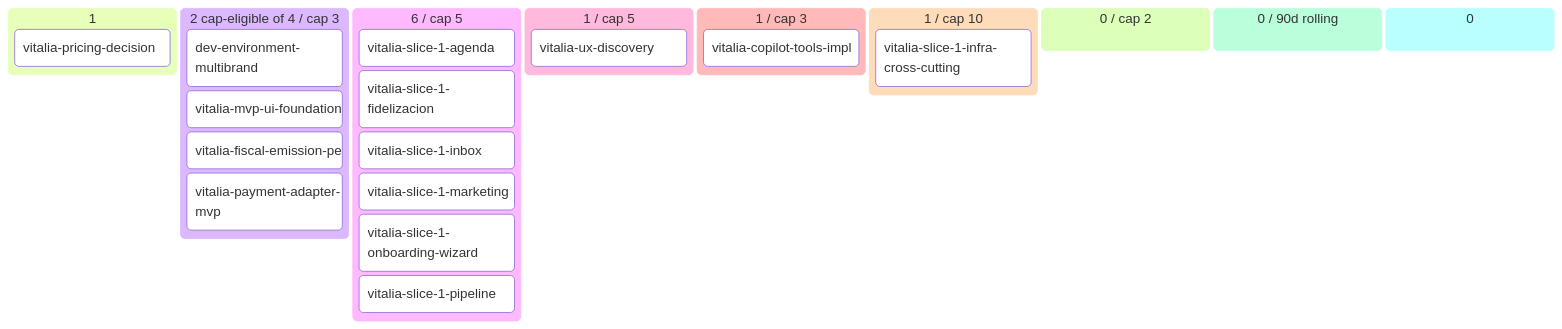
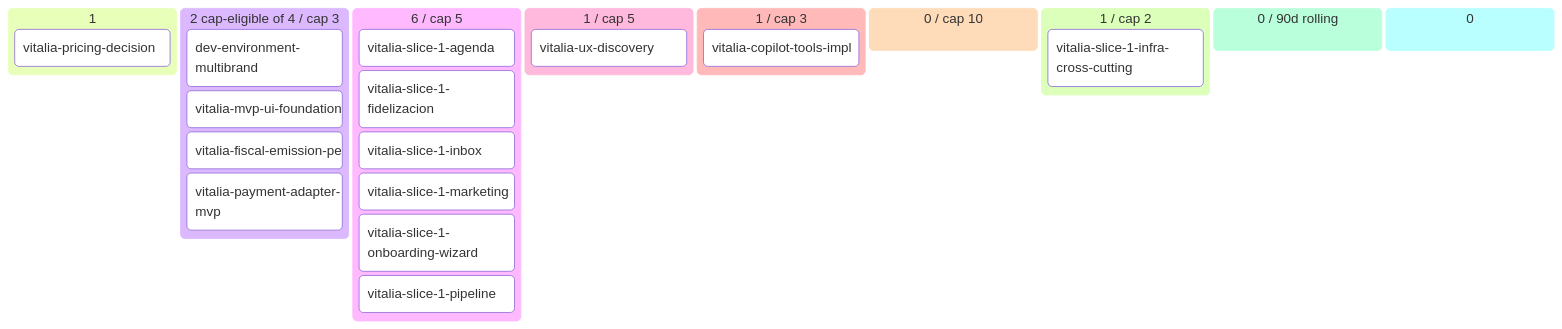
Before and after one commit to alpaca-purpura/luana-platform: the diagram in vitalia/docs/product/BACKLOG.md, drawn with Mermaid. The commit also changed other lines of this file and 48 other files, not shown here.

````diff
--- a/vitalia/docs/product/BACKLOG.md
+++ b/vitalia/docs/product/BACKLOG.md
@@ -50,26 +50,26 @@
 ```mermaid
 kanban
   💡 Ideas (1)
     vitalia-pricing-decision[vitalia-pricing-decision]
   🔬 Refining (2 cap-eligible of 4 / cap 3)
     dev-environment-multibrand[dev-environment-multibrand]
     vitalia-mvp-ui-foundation[vitalia-mvp-ui-foundation]
     vitalia-fiscal-emission-pe[vitalia-fiscal-emission-pe]
     vitalia-payment-adapter-mvp[vitalia-payment-adapter-mvp]
   ✅ Refined (6 / cap 5)
     vitalia-slice-1-agenda[vitalia-slice-1-agenda]
     vitalia-slice-1-fidelizacion[vitalia-slice-1-fidelizacion]
     vitalia-slice-1-inbox[vitalia-slice-1-inbox]
     vitalia-slice-1-marketing[vitalia-slice-1-marketing]
     vitalia-slice-1-onboarding-wiz[vitalia-slice-1-onboarding-wizard]
     vitalia-slice-1-pipeline[vitalia-slice-1-pipeline]
   📦 Ready (1 / cap 5)
     vitalia-ux-discovery[vitalia-ux-discovery]
   🔨 Developing (1 / cap 3)
     vitalia-copilot-tools-impl[vitalia-copilot-tools-impl]
-  🧪 Developed (1 / cap 10)
+  🧪 Developed (0 / cap 10)
+  🔍 Reviewing (1 / cap 2)
     vitalia-slice-1-infra-cross-cu[vitalia-slice-1-infra-cross-cutting]
-  🔍 Reviewing (0 / cap 2)
   ✅ Done (0 / 90d rolling)
   🅿 Parked (0)
 ```
````
